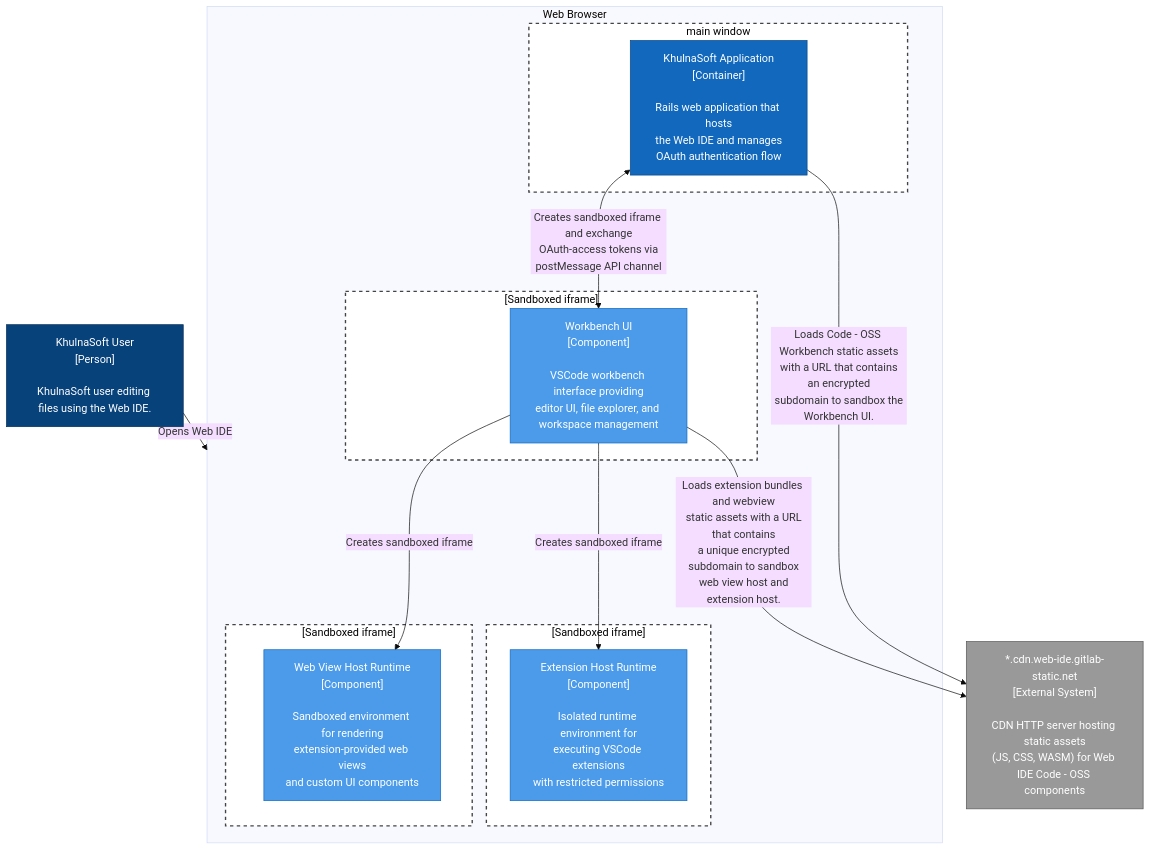
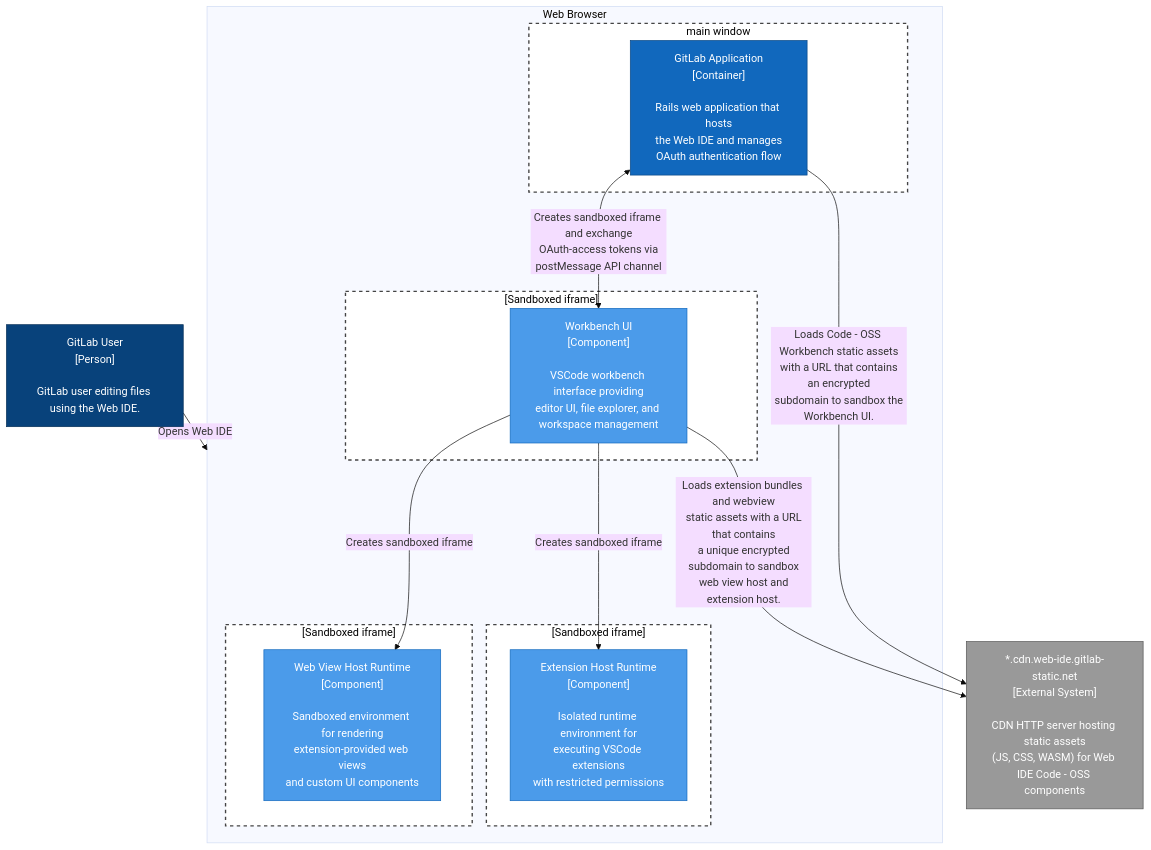
Before and after one commit to khulnasoft-bot/web-ide: the first of 2 diagrams in docs/development/deployment.md, drawn with Mermaid (base theme). The commit also changed other lines of this file and 385 other files, not shown here.

````diff
--- a/docs/development/deployment.md
+++ b/docs/development/deployment.md
@@ -56,47 +56,47 @@
 ```mermaid
 flowchart TD
-    User["KhulnaSoft User<br/>[Person]<br/><br/>KhulnaSoft user editing files using the Web IDE."]
+    User["GitLab User<br/>[Person]<br/><br/>GitLab user editing files using the Web IDE."]
 
     subgraph browser["Web Browser"]
         subgraph gitlab-boundary["main window"]
-            Rails["KhulnaSoft Application<br/>[Container]<br/><br/>Rails web application that hosts<br/>the Web IDE and manages<br/>OAuth authentication flow"]
+            Rails["GitLab Application<br/>[Container]<br/><br/>Rails web application that hosts<br/>the Web IDE and manages<br/>OAuth authentication flow"]
         end
 
         subgraph workbench-boundary["[Sandboxed iframe]"]
             Workbench["Workbench UI<br/>[Component]<br/><br/>VSCode workbench interface providing<br/>editor UI, file explorer, and workspace management"]
         end
 
         subgraph extension-boundary["[Sandboxed iframe]"]
             ExtHost["Extension Host Runtime<br/>[Component]<br/><br/>Isolated runtime environment for<br/>executing VSCode extensions<br/>with restricted permissions"]
         end
 
         subgraph webview-boundary["[Sandboxed iframe]"]
             WebView["Web View Host Runtime<br/>[Component]<br/><br/>Sandboxed environment for rendering<br/>extension-provided web views<br/>and custom UI components"]
         end
     end
 
 
     CDN["*.cdn.web-ide.gitlab-static.net<br/>[External System]<br/><br/>CDN HTTP server hosting static assets<br/>(JS, CSS, WASM) for Web IDE Code - OSS components"]
 
     User -->|"Opens Web IDE"| browser
     Rails <-->|"Creates sandboxed iframe and exchange<br> OAuth-access tokens via postMessage API channel"| Workbench
 
     Rails -->|"Loads Code - OSS Workbench static assets<br> with a URL that contains an encrypted<br> subdomain to sandbox the Workbench UI."| CDN
 
     Workbench -->|"Creates sandboxed iframe"| ExtHost
     Workbench -->|"Creates sandboxed iframe"| WebView
 
     Workbench -->|"Loads extension bundles and webview<br> static assets with a URL that contains<br> a unique encrypted subdomain to sandbox<br> web view host and extension host."| CDN
 
     classDef person-class stroke:#052e56,fill:#08427b,color:#ffffff
     classDef container-class stroke:#0b4884,fill:#1168bd,color:#ffffff
     classDef component-class stroke:#1168bd,fill:#4b9bea,color:#ffffff
     classDef external-class stroke:#565656,fill:#999999,color:#ffffff
     classDef boundary-class fill:#ffffff,stroke:#444444,stroke-width:2px,stroke-dasharray:5 5, color: #000
 
     class User person-class
     class Rails container-class
     class Workbench,ExtHost,WebView component-class
     class CDN external-class
     class gitlab-boundary,workbench-boundary,extension-boundary,webview-boundary boundary-class
 ```
````
